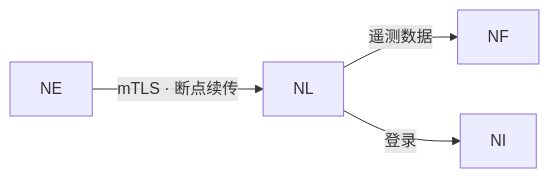
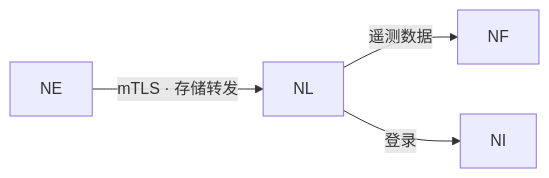
The diagram in docs/zh/products/nereidlink.md (NereidAI/nereidai.github.io), drawn with Mermaid before and after one commit. The commit also changed other lines of this file and 31 other files, not shown here.

````diff
--- a/docs/zh/products/nereidlink.md
+++ b/docs/zh/products/nereidlink.md
@@ -94,6 +76,6 @@
 ```mermaid
 flowchart LR
-    EDGE["NE"] -->|mTLS · 断点续传| LINK["NL"]
+    EDGE["NE"] -->|mTLS · 存储转发| LINK["NL"]
     LINK -->|遥测数据| FORGE["NF"]
     LINK -->|登录| NI["NI"]
 ```
````
